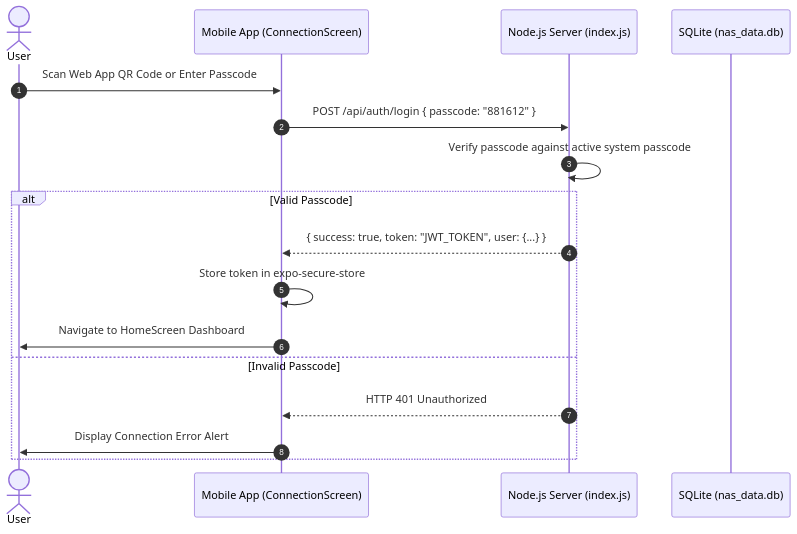
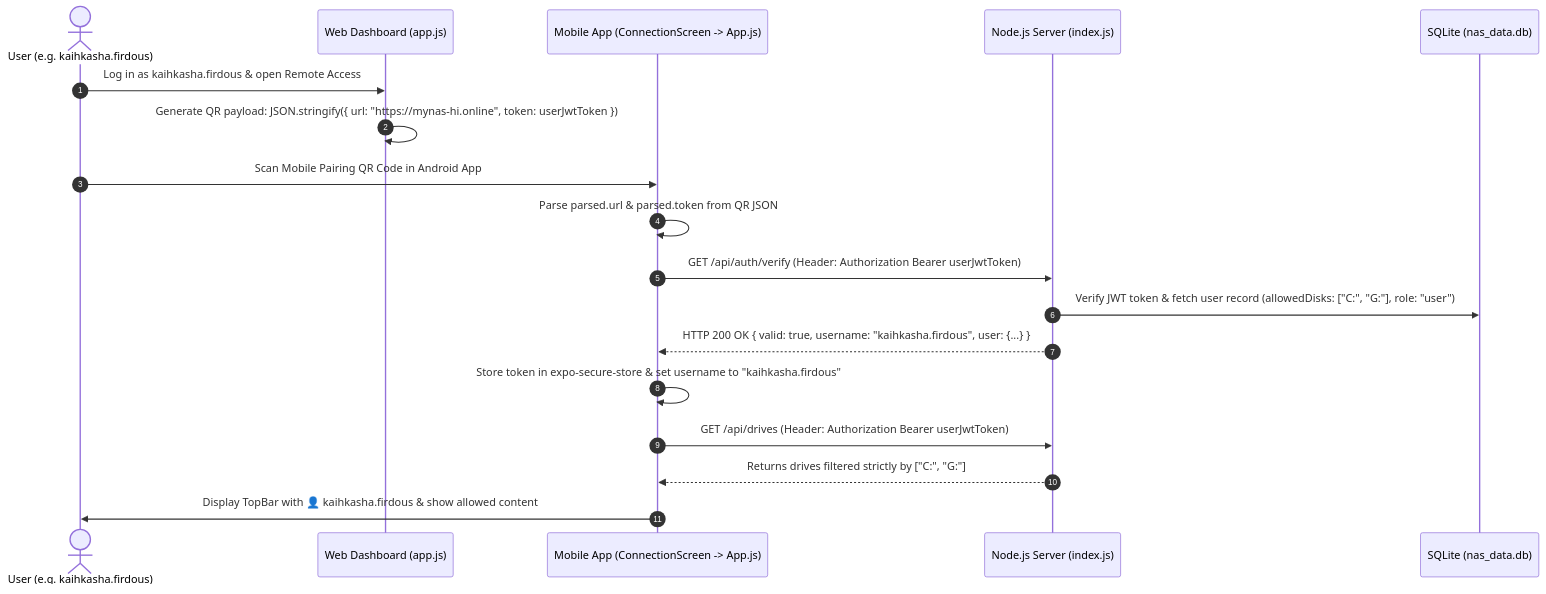
The third of 5 diagrams in CODE_GRAPH.md (Irfan13121995/MyNAS), drawn with Mermaid before and after one commit. The commit also changed other lines of this file and 17 other files, not shown here.

Commit message:
feat: Add mobile topbar header, user-specific QR auto-login, per-user disk access control, camera roll backup fixes, liquid glass UI, and documentation

````diff
--- a/CODE_GRAPH.md
+++ b/CODE_GRAPH.md
@@ -226,20 +240,21 @@
 ```mermaid
 sequenceDiagram
     autonumber
-    actor User
-    participant App as Mobile App (ConnectionScreen)
+    actor User as User (e.g. kaihkasha.firdous)
+    participant Web as Web Dashboard (app.js)
+    participant App as Mobile App (ConnectionScreen -> App.js)
     participant Server as Node.js Server (index.js)
     participant DB as SQLite (nas_data.db)
 
-    User->>App: Scan Web App QR Code or Enter Passcode
-    App->>Server: POST /api/auth/login { passcode: "881612" }
-    Server->>Server: Verify passcode against active system passcode
-    alt Valid Passcode
-        Server-->>App: { success: true, token: "JWT_TOKEN", user: {...} }
-        App->>App: Store token in expo-secure-store
-        App->>User: Navigate to HomeScreen Dashboard
-    else Invalid Passcode
-        Server-->>App: HTTP 401 Unauthorized
-        App->>User: Display Connection Error Alert
-    end
+    User->>Web: Log in as kaihkasha.firdous & open Remote Access
+    Web->>Web: Generate QR payload: JSON.stringify({ url: "https://mynas-hi.online", token: userJwtToken })
+    User->>App: Scan Mobile Pairing QR Code in Android App
+    App->>App: Parse parsed.url & parsed.token from QR JSON
+    App->>Server: GET /api/auth/verify (Header: Authorization Bearer userJwtToken)
+    Server->>DB: Verify JWT token & fetch user record (allowedDisks: ["C:", "G:"], role: "user")
+    Server-->>App: HTTP 200 OK { valid: true, username: "kaihkasha.firdous", user: {...} }
+    App->>App: Store token in expo-secure-store & set username to "kaihkasha.firdous"
+    App->>Server: GET /api/drives (Header: Authorization Bearer userJwtToken)
+    Server-->>App: Returns drives filtered strictly by ["C:", "G:"]
+    App->>User: Display TopBar with 👤 kaihkasha.firdous & show allowed content
 ```
````
